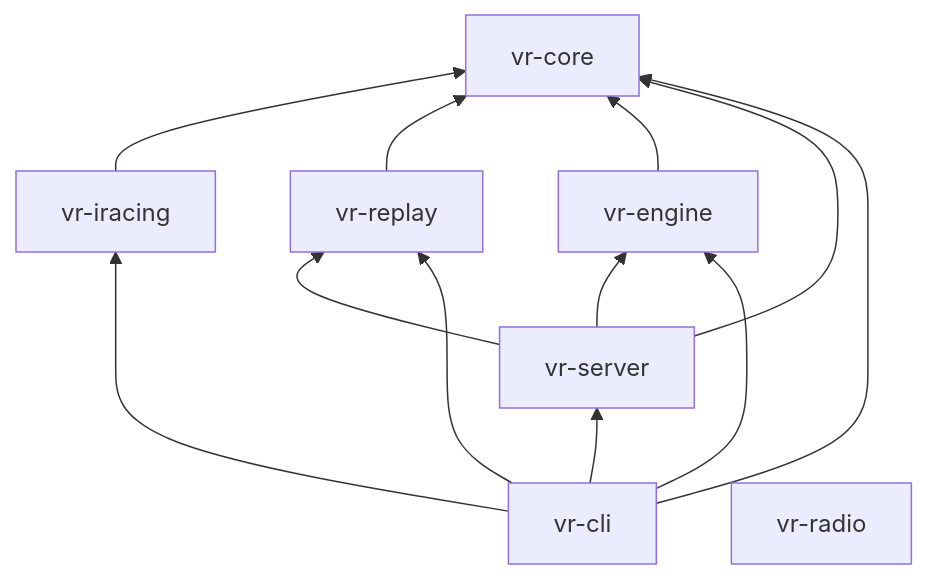
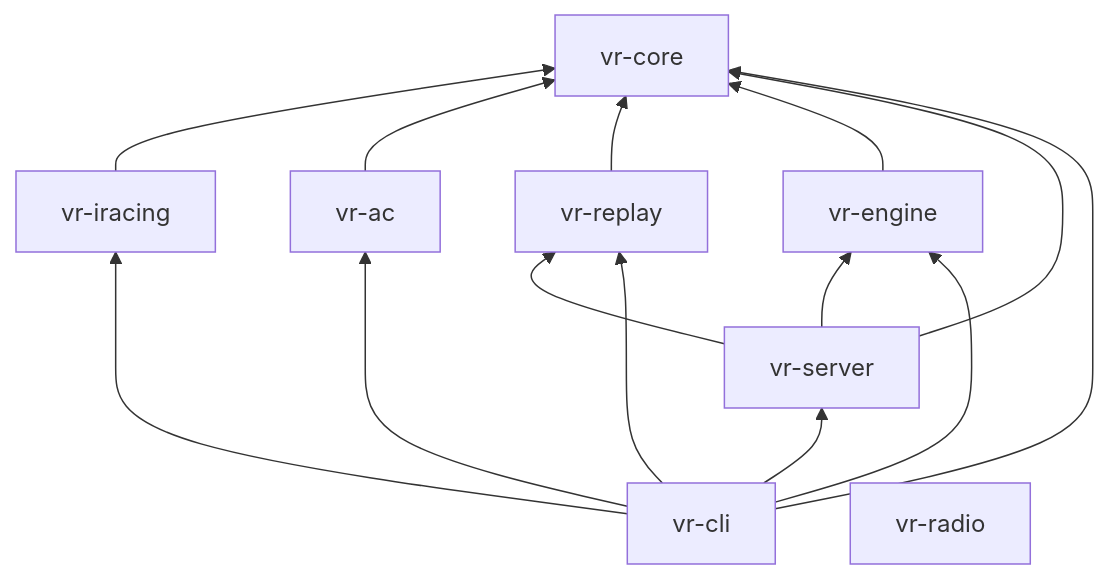
One commit to r4ai/vibe-racing changed the third of 5 diagrams in docs/architecture.md. Above: the diagram before and after it, drawn with Mermaid. The commit also changed other lines of this file and 35 other files, not shown here.

````diff
--- a/docs/architecture.md
+++ b/docs/architecture.md
@@ -141,16 +143,18 @@
 ```mermaid
 flowchart BT
     core[vr-core]
     iracing[vr-iracing] --> core
+    assetto[vr-ac] --> core
     replay[vr-replay] --> core
     engine[vr-engine] --> core
     server[vr-server] --> engine
     server --> replay
     server --> core
     cli[vr-cli] --> server
     cli --> engine
     cli --> iracing
+    cli --> assetto
     cli --> replay
     cli --> core
     radio[vr-radio]
 ```
````
